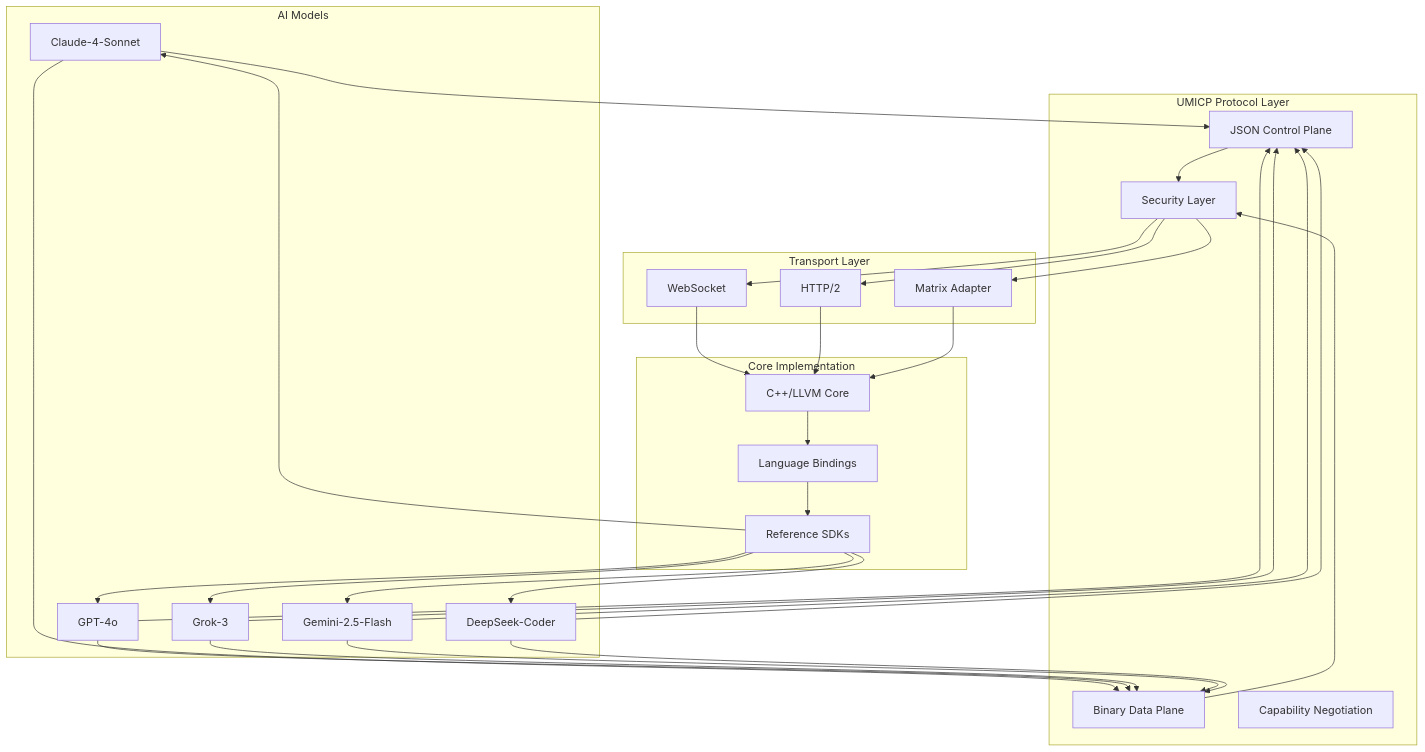
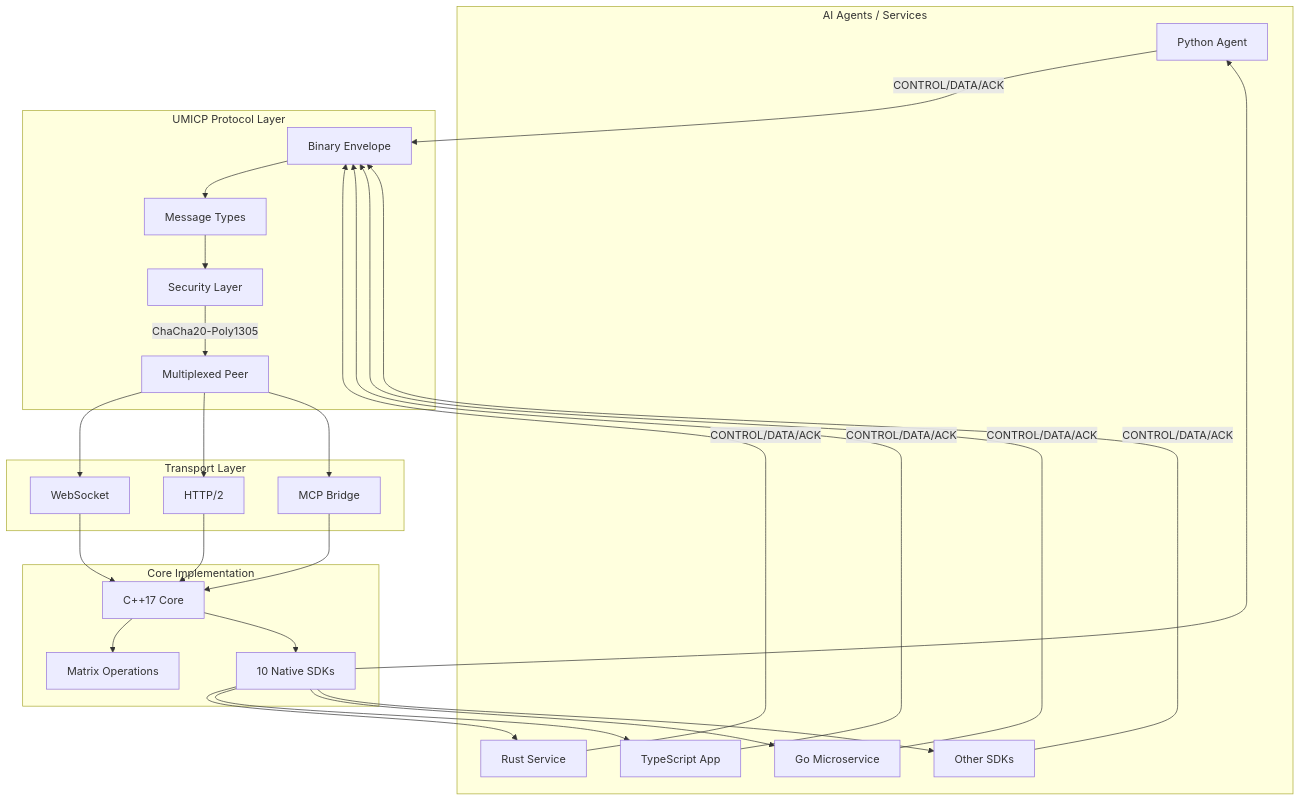
The diagram in bips/BIP-05/README.md (hivellm/gov), drawn with Mermaid before and after one commit. The commit also changed other lines of this file and 3 other files, not shown here.

````diff
--- a/bips/BIP-05/README.md
+++ b/bips/BIP-05/README.md
@@ -39,59 +40,54 @@
 ```mermaid
 graph TB
-    subgraph "AI Models"
-        A[Claude-4-Sonnet]
-        B[GPT-4o]
-        C[Grok-3]
-        D[Gemini-2.5-Flash]
-        E[DeepSeek-Coder]
+    subgraph "AI Agents / Services"
+        A[Python Agent]
+        B[Rust Service]
+        C[TypeScript App]
+        D[Go Microservice]
+        E[Other SDKs]
     end
     
     subgraph "UMICP Protocol Layer"
-        F[JSON Control Plane]
-        G[Binary Data Plane]
+        F[Binary Envelope]
+        G[Message Types]
         H[Security Layer]
-        I[Capability Negotiation]
+        I[Multiplexed Peer]
     end
     
     subgraph "Transport Layer"
         J[WebSocket]
         K[HTTP/2]
-        L[Matrix Adapter]
+        L[MCP Bridge]
     end
     
     subgraph "Core Implementation"
-        M[C++/LLVM Core]
-        N[Language Bindings]
-        O[Reference SDKs]
+        M[C++17 Core]
+        N[10 Native SDKs]
+        O[Matrix Operations]
     end
     
-    A --> F
-    B --> F
-    C --> F
-    D --> F
-    E --> F
+    A -->|CONTROL/DATA/ACK| F
+    B -->|CONTROL/DATA/ACK| F
+    C -->|CONTROL/DATA/ACK| F
+    D -->|CONTROL/DATA/ACK| F
+    E -->|CONTROL/DATA/ACK| F
     
-    A --> G
-    B --> G
-    C --> G
-    D --> G
-    E --> G
-    
-    F --> H
+    F --> G
     G --> H
-    H --> J
-    H --> K
-    H --> L
+    H -->|ChaCha20-Poly1305| I
+    I --> J
+    I --> K
+    I --> L
     
     J --> M
     K --> M
     L --> M
     
+    M --> O
     M --> N
-    N --> O
-    O --> A
-    O --> B
-    O --> C
-    O --> D
-    O --> E
+    N --> A
+    N --> B
+    N --> C
+    N --> D
+    N --> E
 ```
````
